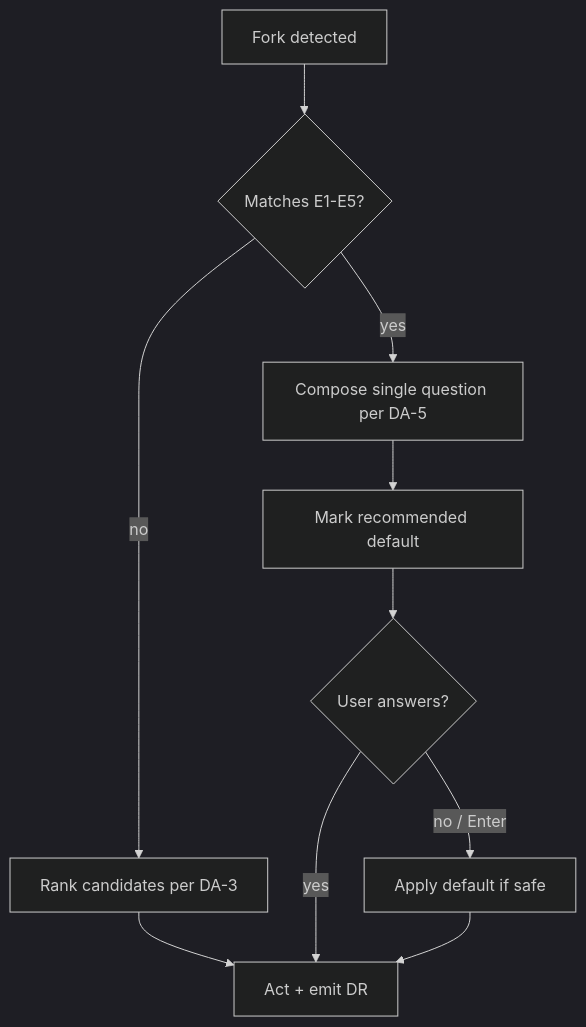
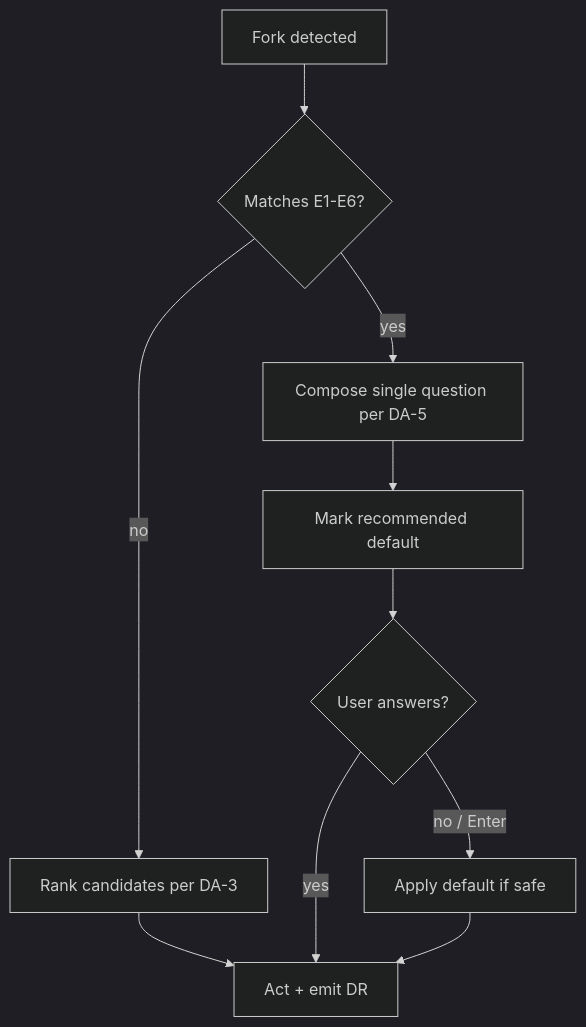
The diagram in .design/engine/specifications/l1-decision-autonomy.md (teratron/magic-spec), drawn with Mermaid (dark theme) before and after one commit. The commit also changed other lines of this file and 43 other files, not shown here.

````diff
--- a/.design/engine/specifications/l1-decision-autonomy.md
+++ b/.design/engine/specifications/l1-decision-autonomy.md
@@ -134,11 +134,11 @@
 ```mermaid
 graph TD
-    A[Fork detected] --> B{Matches E1-E5?}
+    A[Fork detected] --> B{Matches E1-E6?}
     B -- no --> C[Rank candidates per DA-3]
     C --> D[Act + emit DR]
     B -- yes --> E[Compose single question per DA-5]
     E --> F[Mark recommended default]
     F --> G{User answers?}
     G -- yes --> D
     G -- "no / Enter" --> H[Apply default if safe] --> D
 ```
````
